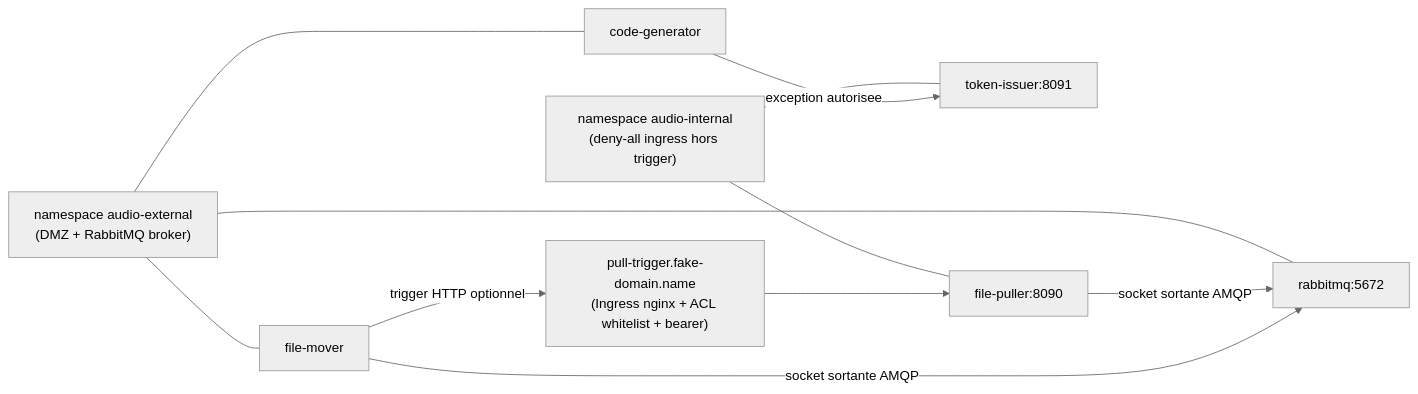
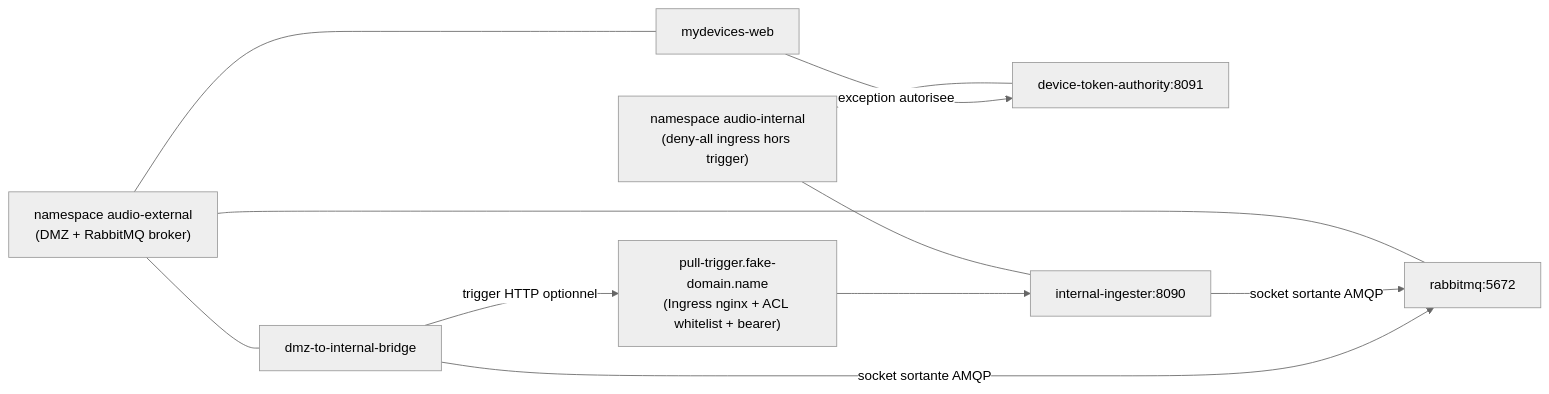
The seventh of 7 diagrams in docs/ARCHITECTURE.md (IA-Generative/mirai-mesreunions), drawn with Mermaid (neutral theme) before and after one commit. The commit also changed other lines of this file and 42 other files, not shown here.

````diff
--- a/docs/ARCHITECTURE.md
+++ b/docs/ARCHITECTURE.md
@@ -257,22 +257,22 @@
 ```mermaid
 flowchart LR
   EXTNS["namespace audio-external\n(DMZ + RabbitMQ broker)"]
   INTNS["namespace audio-internal\n(deny-all ingress hors trigger)"]
-  CG["code-generator"]
-  FM["file-mover"]
+  CG["mydevices-web"]
+  FM["dmz-to-internal-bridge"]
   MQ["rabbitmq:5672"]
-  TI["token-issuer:8091"]
-  FP["file-puller:8090"]
+  TI["device-token-authority:8091"]
+  FP["internal-ingester:8090"]
   ING["pull-trigger.fake-domain.name\n(Ingress nginx + ACL whitelist + bearer)"]
 
   EXTNS --- CG
   EXTNS --- FM
   EXTNS --- MQ
   INTNS --- TI
   INTNS --- FP
 
   CG -->|"exception autorisee"| TI
   FP -->|"socket sortante AMQP"| MQ
   FM -->|"socket sortante AMQP"| MQ
   FM -->|"trigger HTTP optionnel"| ING --> FP
 ```
````
